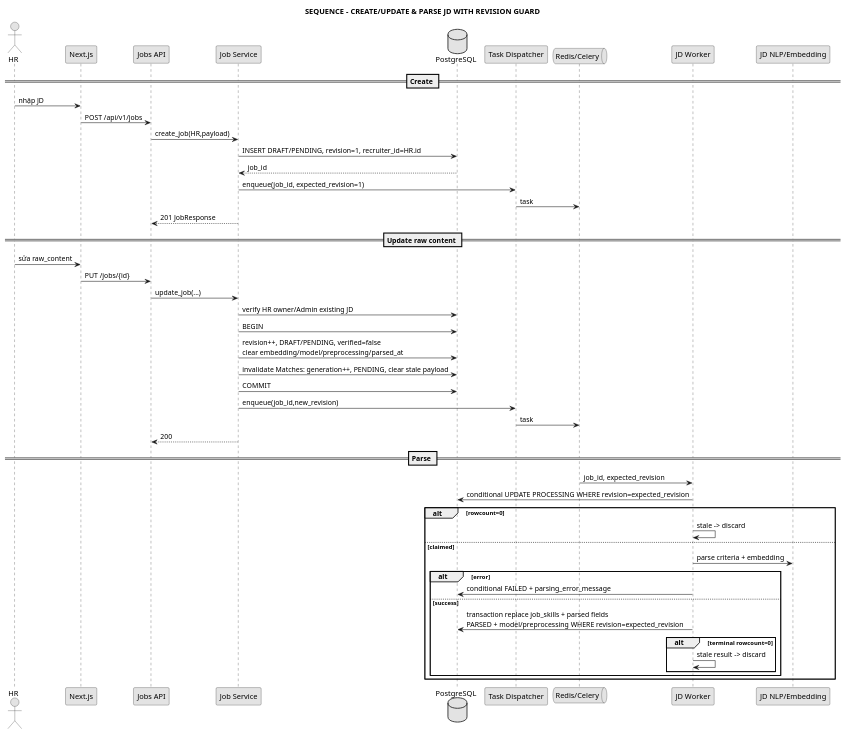
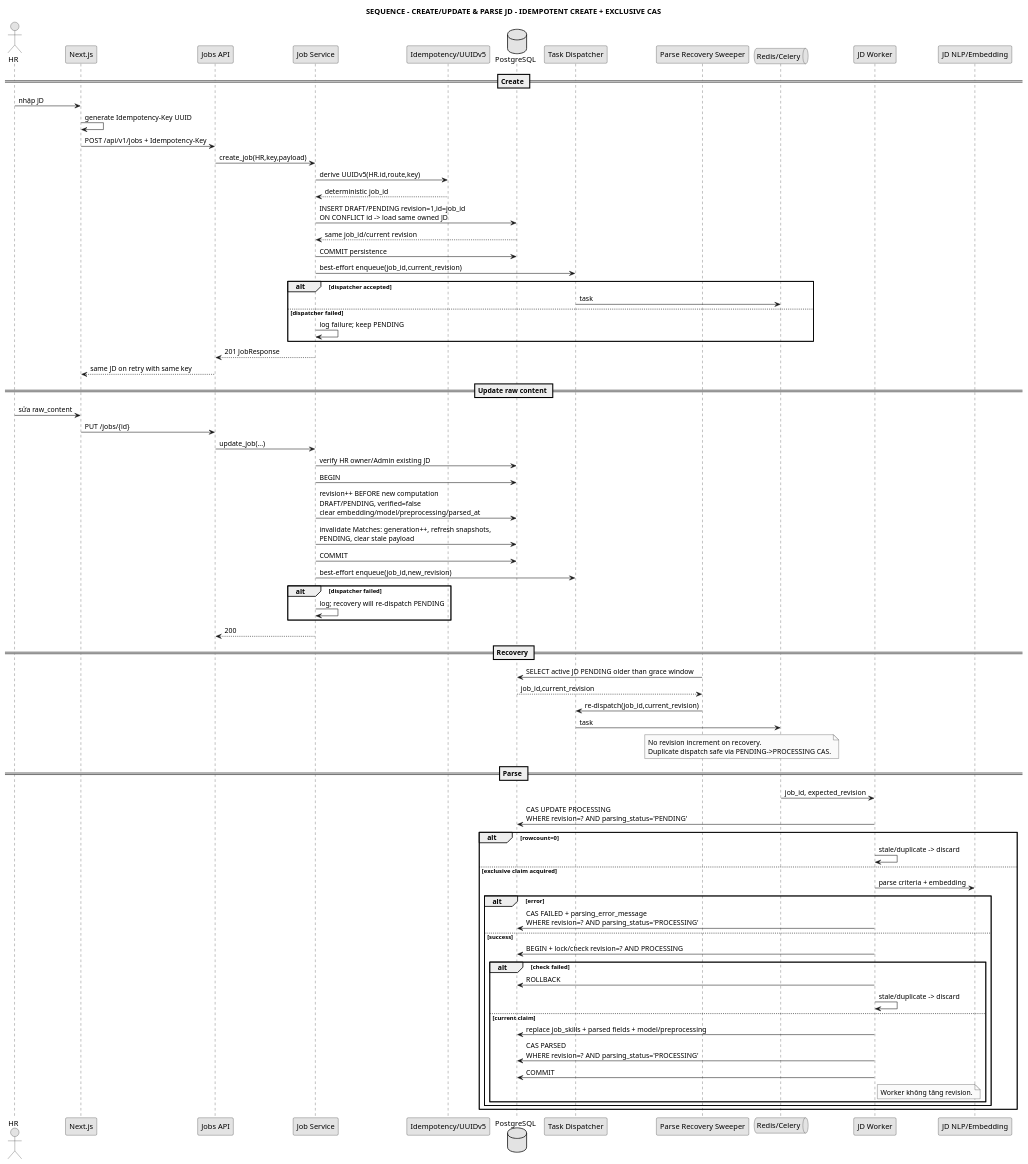
One commit to anh632k-ui/WebCVUngVienTuyenDung changed the diagram in docs/04_sequence/seq_create_parse_job.puml. Above: the diagram before and after it, drawn with PlantUML.

Commit message:
docs(sequence): add JD idempotent create exclusive CAS and recovery

```diff
--- a/docs/04_sequence/seq_create_parse_job.puml
+++ b/docs/04_sequence/seq_create_parse_job.puml
@@ -1,55 +1,86 @@
 @startuml
 skinparam monochrome true
 skinparam shadowing false
-title SEQUENCE - CREATE/UPDATE & PARSE JD WITH REVISION GUARD
+title SEQUENCE - CREATE/UPDATE & PARSE JD - IDEMPOTENT CREATE + EXCLUSIVE CAS
 
 actor HR
 participant "Next.js" as FE
 participant "Jobs API" as API
 participant "Job Service" as Service
+participant "Idempotency/UUIDv5" as Idem
 database "PostgreSQL" as DB
 participant "Task Dispatcher" as Dispatcher
+participant "Parse Recovery Sweeper" as Recovery
 queue "Redis/Celery" as Queue
 participant "JD Worker" as Worker
 participant "JD NLP/Embedding" as NLP
 
 == Create ==
 HR -> FE : nhập JD
-FE -> API : POST /api/v1/jobs
-API -> Service : create_job(HR,payload)
-Service -> DB : INSERT DRAFT/PENDING, revision=1, recruiter_id=HR.id
-DB --> Service : job_id
-Service -> Dispatcher : enqueue(job_id, expected_revision=1)
-Dispatcher -> Queue : task
+FE -> FE : generate Idempotency-Key UUID
+FE -> API : POST /api/v1/jobs + Idempotency-Key
+API -> Service : create_job(HR,key,payload)
+Service -> Idem : derive UUIDv5(HR.id,route,key)
+Idem --> Service : deterministic job_id
+Service -> DB : INSERT DRAFT/PENDING revision=1,id=job_id\nON CONFLICT id -> load same owned JD
+DB --> Service : same job_id/current revision
+Service -> DB : COMMIT persistence
+Service -> Dispatcher : best-effort enqueue(job_id,current_revision)
+alt dispatcher accepted
+  Dispatcher -> Queue : task
+else dispatcher failed
+  Service -> Service : log failure; keep PENDING
+end
 Service --> API : 201 JobResponse
+API --> FE : same JD on retry with same key
 
 == Update raw content ==
 HR -> FE : sửa raw_content
 FE -> API : PUT /jobs/{id}
 API -> Service : update_job(...)
 Service -> DB : verify HR owner/Admin existing JD
 Service -> DB : BEGIN
-Service -> DB : revision++, DRAFT/PENDING, verified=false\nclear embedding/model/preprocessing/parsed_at
-Service -> DB : invalidate Matches: generation++, PENDING, clear stale payload
+Service -> DB : revision++ BEFORE new computation\nDRAFT/PENDING, verified=false\nclear embedding/model/preprocessing/parsed_at
+Service -> DB : invalidate Matches: generation++, refresh snapshots,\nPENDING, clear stale payload
 Service -> DB : COMMIT
-Service -> Dispatcher : enqueue(job_id,new_revision)
+Service -> Dispatcher : best-effort enqueue(job_id,new_revision)
+alt dispatcher failed
+  Service -> Service : log; recovery will re-dispatch PENDING
+end
+Service --> API : 200
+
+== Recovery ==
+Recovery -> DB : SELECT active JD PENDING older than grace window
+DB --> Recovery : job_id,current_revision
+Recovery -> Dispatcher : re-dispatch(job_id,current_revision)
 Dispatcher -> Queue : task
-Service --> API : 200
+note over Recovery,Queue
+No revision increment on recovery.
+Duplicate dispatch safe via PENDING->PROCESSING CAS.
+end note
 
 == Parse ==
 Queue -> Worker : job_id, expected_revision
-Worker -> DB : conditional UPDATE PROCESSING WHERE revision=expected_revision
+Worker -> DB : CAS UPDATE PROCESSING\nWHERE revision=? AND parsing_status='PENDING'
 alt rowcount=0
-  Worker -> Worker : stale -> discard
-else claimed
+  Worker -> Worker : stale/duplicate -> discard
+else exclusive claim acquired
   Worker -> NLP : parse criteria + embedding
   alt error
-    Worker -> DB : conditional FAILED + parsing_error_message
+    Worker -> DB : CAS FAILED + parsing_error_message\nWHERE revision=? AND parsing_status='PROCESSING'
   else success
-    Worker -> DB : transaction replace job_skills + parsed fields\nPARSED + model/preprocessing WHERE revision=expected_revision
-    alt terminal rowcount=0
-      Worker -> Worker : stale result -> discard
+    Worker -> DB : BEGIN + lock/check revision=? AND PROCESSING
+    alt check failed
+      Worker -> DB : ROLLBACK
+      Worker -> Worker : stale/duplicate -> discard
+    else current claim
+      Worker -> DB : replace job_skills + parsed fields + model/preprocessing
+      Worker -> DB : CAS PARSED\nWHERE revision=? AND parsing_status='PROCESSING'
+      Worker -> DB : COMMIT
+      note right of Worker
+      Worker không tăng revision.
+      end note
     end
   end
 end
 @enduml
```
